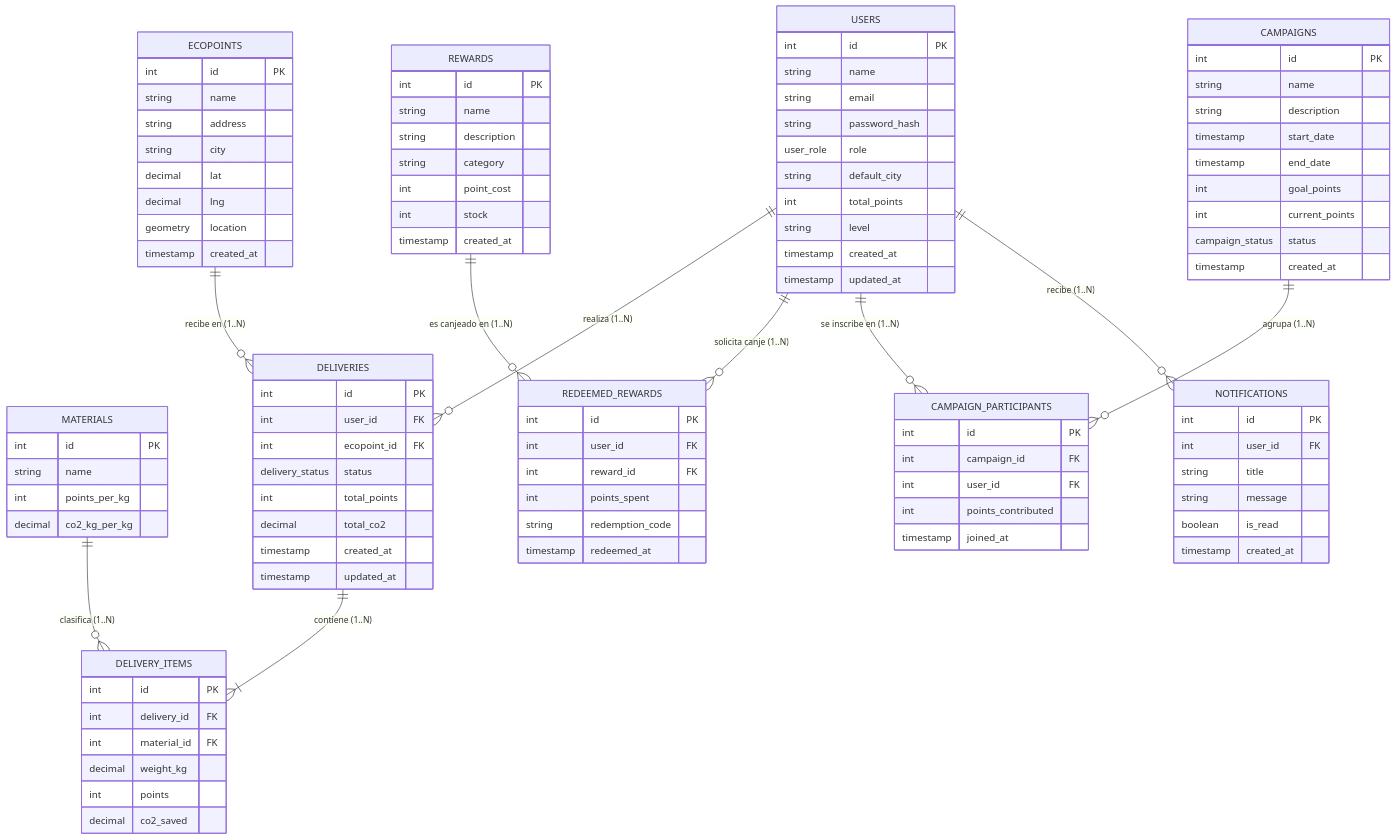
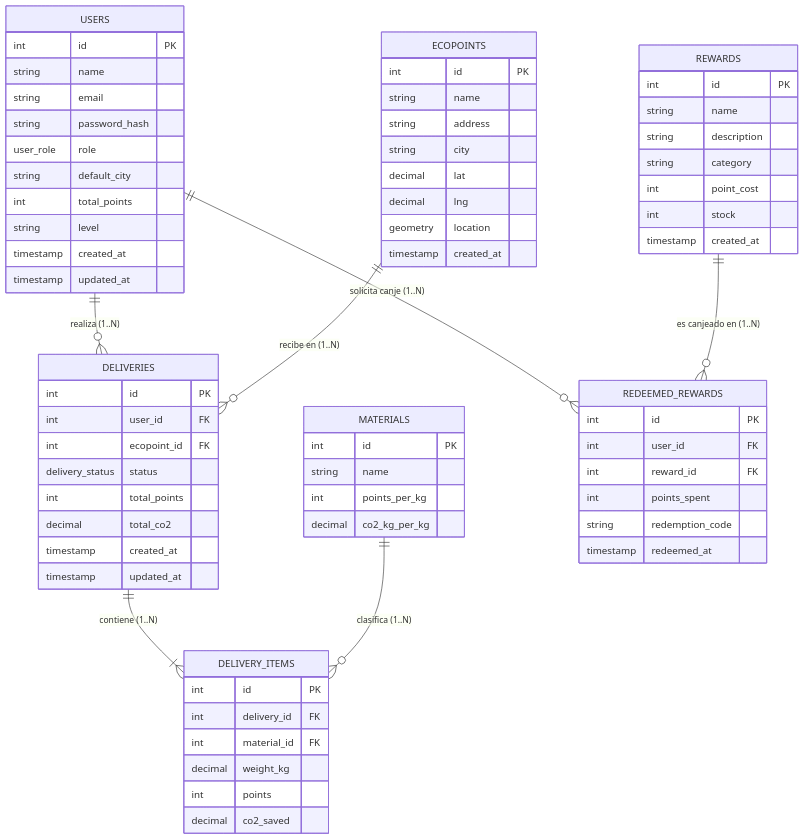
One commit to lealwilliam751-ship-it/APP-DE-DESARROLLO-ORIENTADO-A-PLATAFORMAS changed the diagram in Documento_BD_Normalizacion_EcoPuntos.md. Above: the diagram before and after it, drawn with Mermaid. The commit also changed other lines of this file and 85 other files, not shown here.

````diff
--- a/Documento_BD_Normalizacion_EcoPuntos.md
+++ b/Documento_BD_Normalizacion_EcoPuntos.md
@@ -80,35 +80,6 @@
         timestamp redeemed_at
     }
 
-    CAMPAIGNS {
-        int id PK
-        string name
-        string description
-        timestamp start_date
-        timestamp end_date
-        int goal_points
-        int current_points
-        campaign_status status
-        timestamp created_at
-    }
-
-    CAMPAIGN_PARTICIPANTS {
-        int id PK
-        int campaign_id FK
-        int user_id FK
-        int points_contributed
-        timestamp joined_at
-    }
-
-    NOTIFICATIONS {
-        int id PK
-        int user_id FK
-        string title
-        string message
-        boolean is_read
-        timestamp created_at
-    }
-
     %% Relaciones
     USERS ||--o{ DELIVERIES : "realiza (1..N)"
     ECOPOINTS ||--o{ DELIVERIES : "recibe en (1..N)"
@@ -116,7 +87,4 @@
     MATERIALS ||--o{ DELIVERY_ITEMS : "clasifica (1..N)"
     USERS ||--o{ REDEEMED_REWARDS : "solicita canje (1..N)"
     REWARDS ||--o{ REDEEMED_REWARDS : "es canjeado en (1..N)"
-    CAMPAIGNS ||--o{ CAMPAIGN_PARTICIPANTS : "agrupa (1..N)"
-    USERS ||--o{ CAMPAIGN_PARTICIPANTS : "se inscribe en (1..N)"
-    USERS ||--o{ NOTIFICATIONS : "recibe (1..N)"
 ```
````
